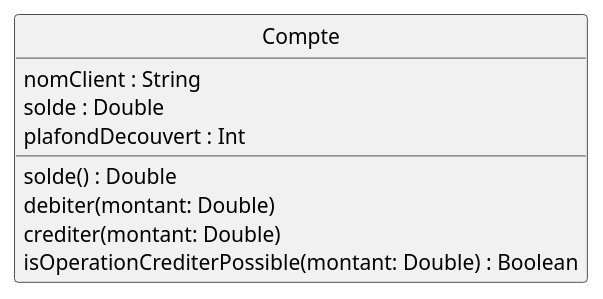
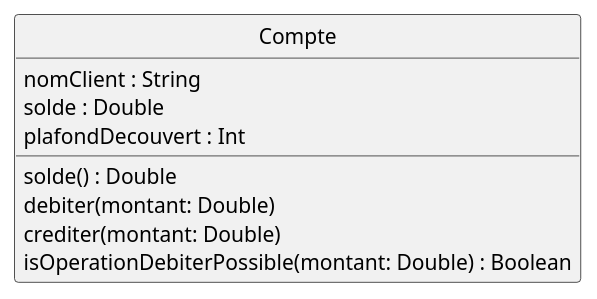
The diagram in sio-slam-controles-exercices/modules/ROOT/pages/exercice-premiers-pas-POO-TU-Kotlin.adoc (ldv-melun/sio-slam), drawn with PlantUML before and after one commit. The commit also changed 2 other files, not shown here.

```diff
--- a/sio-slam-controles-exercices/modules/ROOT/pages/exercice-premiers-pas-POO-TU-Kotlin.adoc
+++ b/sio-slam-controles-exercices/modules/ROOT/pages/exercice-premiers-pas-POO-TU-Kotlin.adoc
@@ -36,15 +36,15 @@
 [plantuml]
 ----
 class Compte {
   nomClient : String
   solde : Double
   plafondDecouvert : Int
 
   solde() : Double
   debiter(montant: Double)
   crediter(montant: Double)
-  isOperationCrediterPossible(montant: Double) : Boolean
+  isOperationDebiterPossible(montant: Double) : Boolean
 }
 
 hide circle
 ----
```
